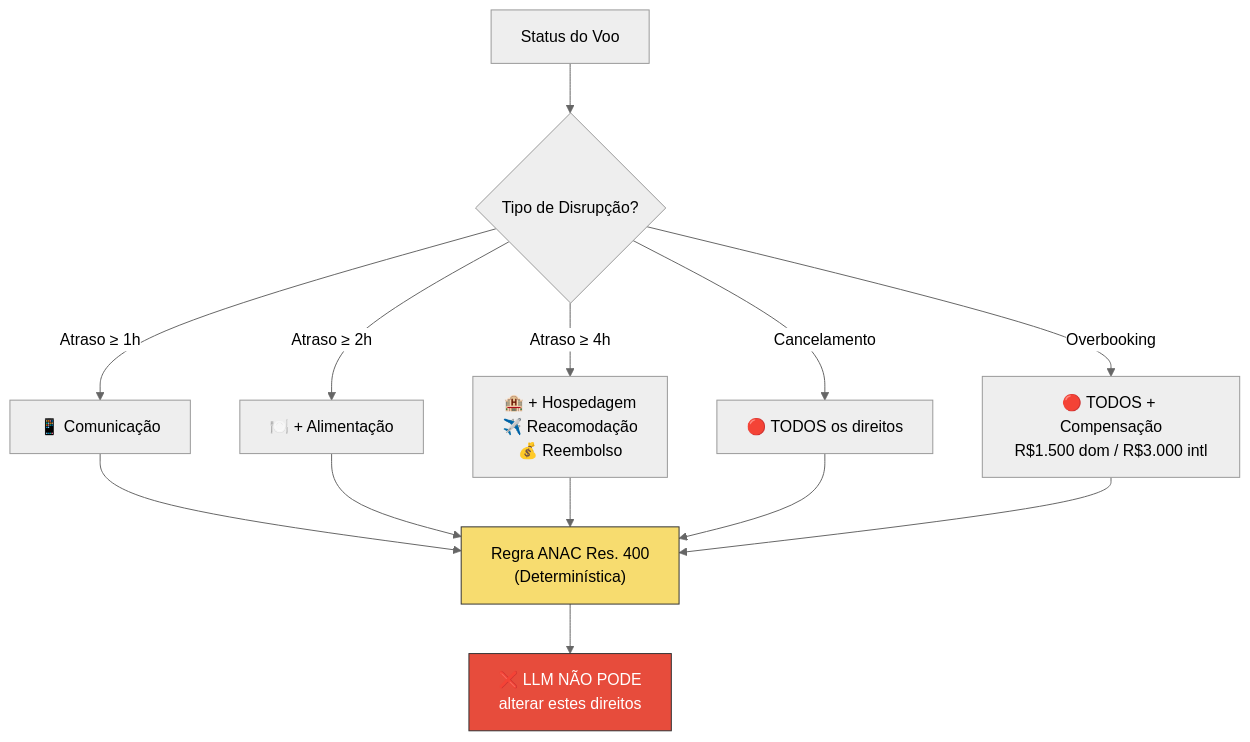
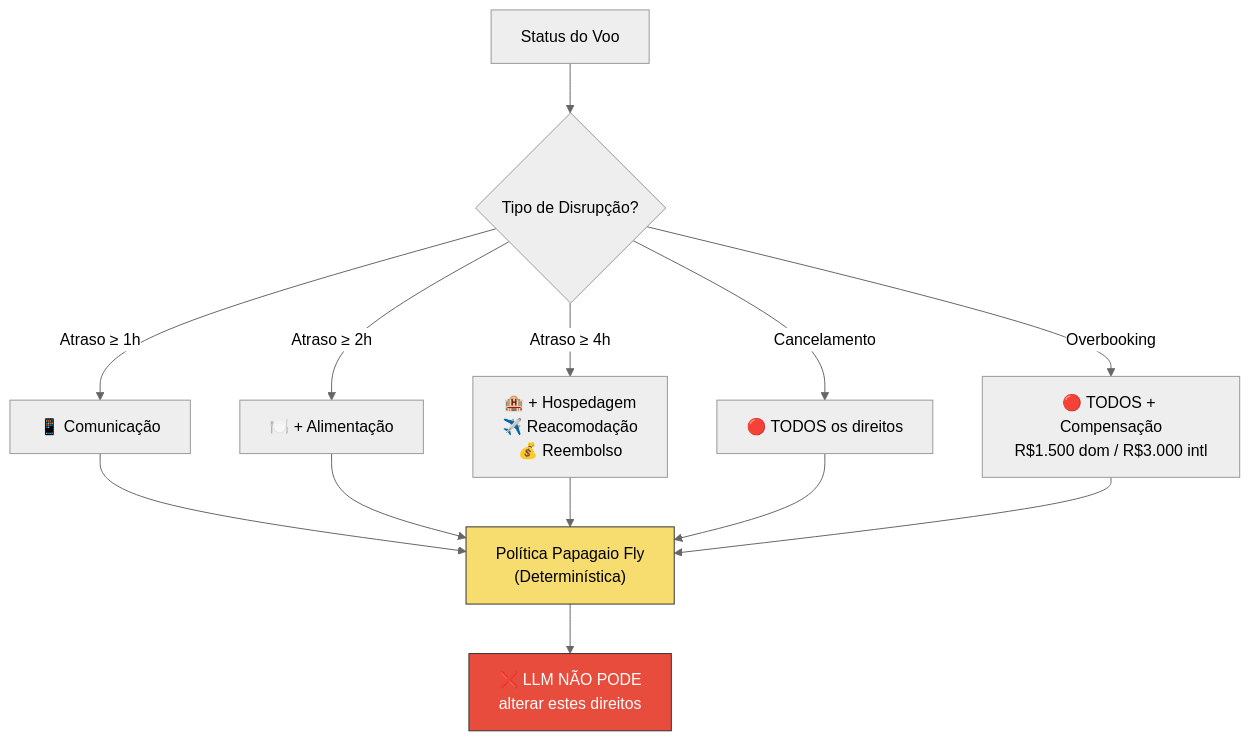
One commit to alvarobastos-alis/airops-papagaiofly changed the fourth of 4 diagrams in README.md. Above: the diagram before and after it, drawn with Mermaid (neutral theme). The commit also changed other lines of this file, not shown here.

````diff
--- a/README.md
+++ b/README.md
@@ -161,21 +181,21 @@
 ```mermaid
 graph TD
     START["Status do Voo"] --> CHECK{Tipo de Disrupção?}
 
     CHECK -->|Atraso ≥ 1h| D1["📱 Comunicação"]
     CHECK -->|Atraso ≥ 2h| D2["🍽️ + Alimentação"]
     CHECK -->|Atraso ≥ 4h| D3["🏨 + Hospedagem<br/>✈️ Reacomodação<br/>💰 Reembolso"]
     CHECK -->|Cancelamento| D4["🔴 TODOS os direitos"]
     CHECK -->|Overbooking| D5["🔴 TODOS + Compensação<br/>R$1.500 dom / R$3.000 intl"]
 
-    D1 --> RULE["Regra ANAC Res. 400<br/>(Determinística)"]
+    D1 --> RULE["Política Papagaio Fly<br/>(Determinística)"]
     D2 --> RULE
     D3 --> RULE
     D4 --> RULE
     D5 --> RULE
 
     RULE --> BLOCK["❌ LLM NÃO PODE<br/>alterar estes direitos"]
 
     style BLOCK fill:#e74c3c,stroke:#333,color:#fff
     style RULE fill:#f7dc6f,stroke:#333
 ```
````
